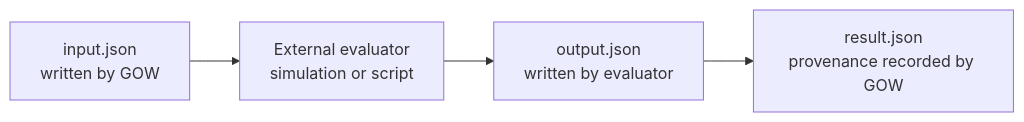
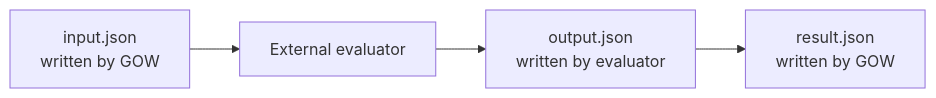
The second of 3 diagrams in blog/2026-03-10-gow-architecture-and-usage.md (CST-Modelling-Tools/generic-optimization-workflow-blog), drawn with Mermaid before and after one commit. The commit also changed other lines of this file and 5 other files, not shown here.

First line of the commit message:
docs(blog): restructure GOW documentation around canonical evaluator setup guidance

````diff
--- a/blog/2026-03-10-gow-architecture-and-usage.md
+++ b/blog/2026-03-10-gow-architecture-and-usage.md
@@ -440,11 +73,11 @@
 ```mermaid
 flowchart LR
     A[input.json<br/>written by GOW]
-    B[External evaluator<br/>simulation or script]
+    B[External evaluator]
     C[output.json<br/>written by evaluator]
-    D[result.json<br/>provenance recorded by GOW]
+    D[result.json<br/>written by GOW]
 
     A --> B
     B --> C
     C --> D
 ```
````
